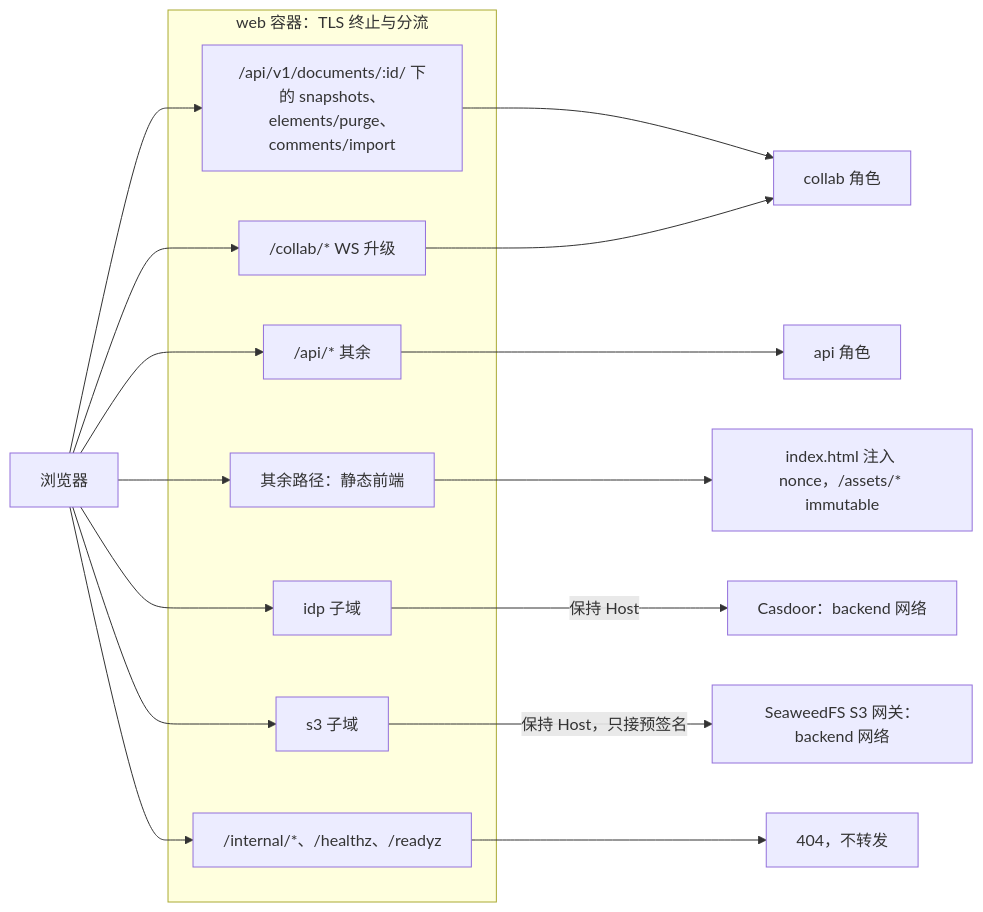
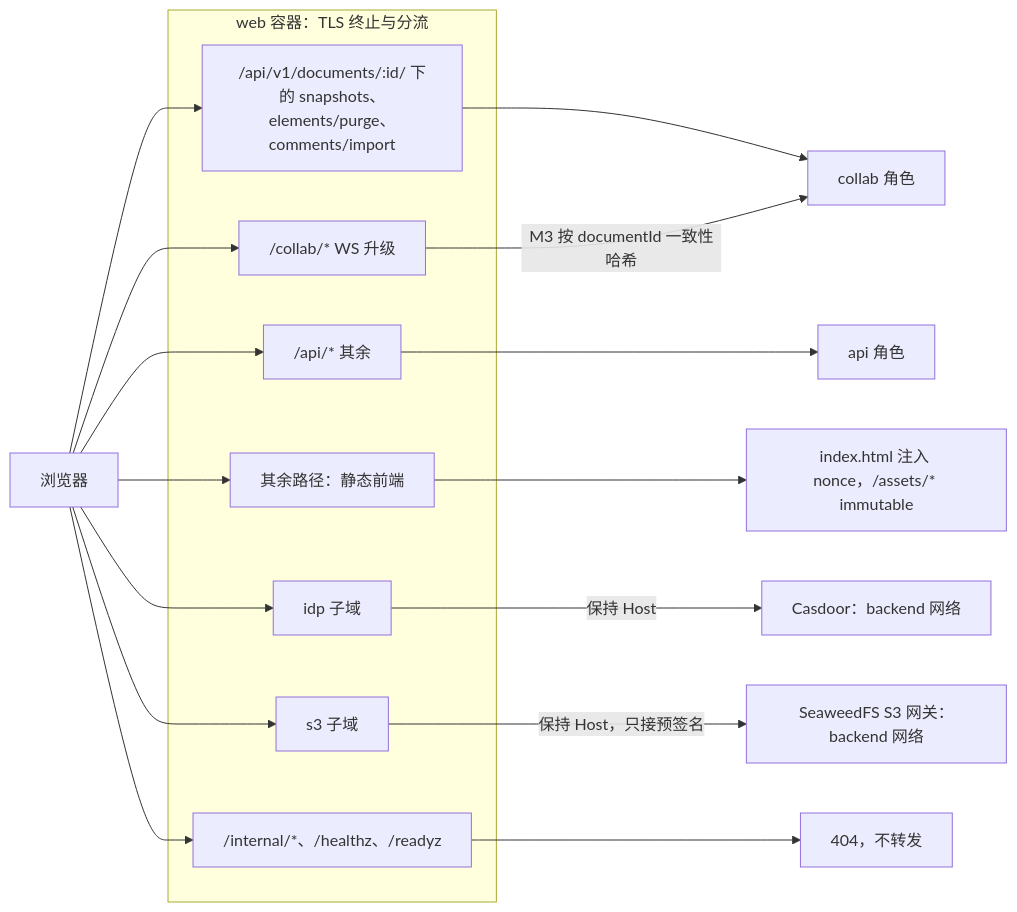
Diagram 11 of 15 in docs/60-backend/01-service-overview-and-roles.md (Xeonice/cordis-ppt-editor), drawn with Mermaid before and after one commit. The commit also changed other lines of this file and 19 other files, not shown here.

````diff
--- a/docs/60-backend/01-service-overview-and-roles.md
+++ b/docs/60-backend/01-service-overview-and-roles.md
@@ -297,28 +632,28 @@
 ```mermaid
 flowchart LR
   browser["浏览器"]
   subgraph webBox["web 容器：TLS 终止与分流"]
     rSnap["/api/v1/documents/:id/ 下的 snapshots、elements/purge、comments/import"]
     rApi["/api/* 其余"]
     rWs["/collab/* WS 升级"]
     rDeny["/internal/*、/healthz、/readyz"]
     rStatic["其余路径：静态前端"]
     rIdp["idp 子域"]
     rS3["s3 子域"]
   end
   api["api 角色"]
   collab["collab 角色"]
   casdoor["Casdoor：backend 网络"]
   seaweed["SeaweedFS S3 网关：backend 网络"]
   static["index.html 注入 nonce，/assets/* immutable"]
   notFound["404，不转发"]
   browser --> rSnap & rApi & rWs & rStatic
   browser --> rIdp & rS3 & rDeny
   rSnap --> collab
-  rWs --> collab
+  rWs -- "M3 按 documentId 一致性哈希" --> collab
   rApi --> api
   rStatic --> static
   rIdp -- "保持 Host" --> casdoor
   rS3 -- "保持 Host，只接预签名" --> seaweed
   rDeny --> notFound
 ```
````
